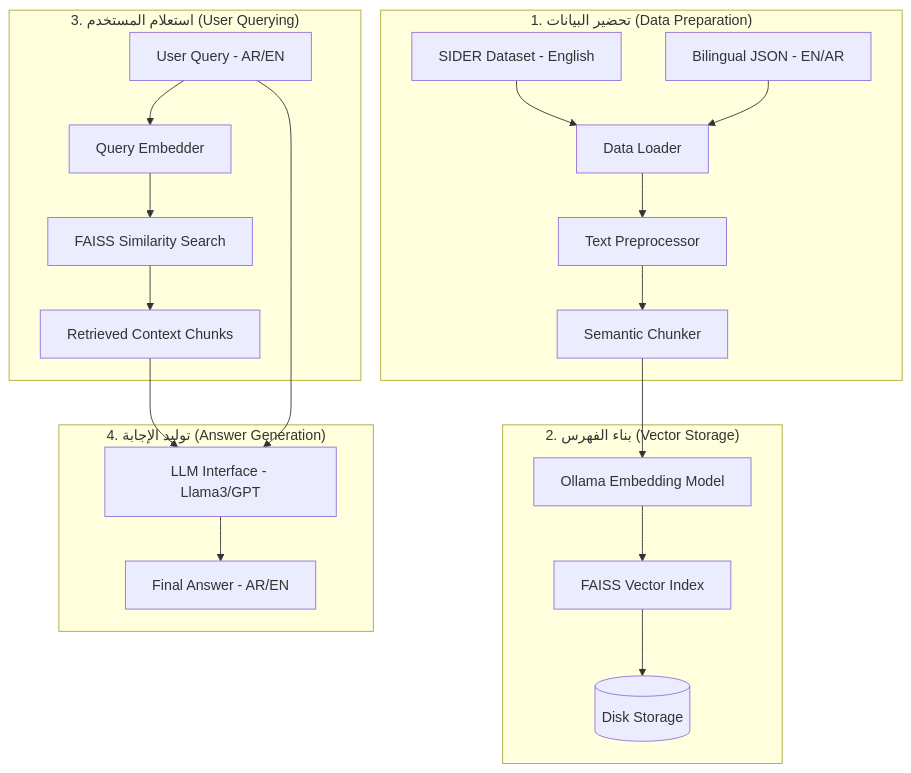
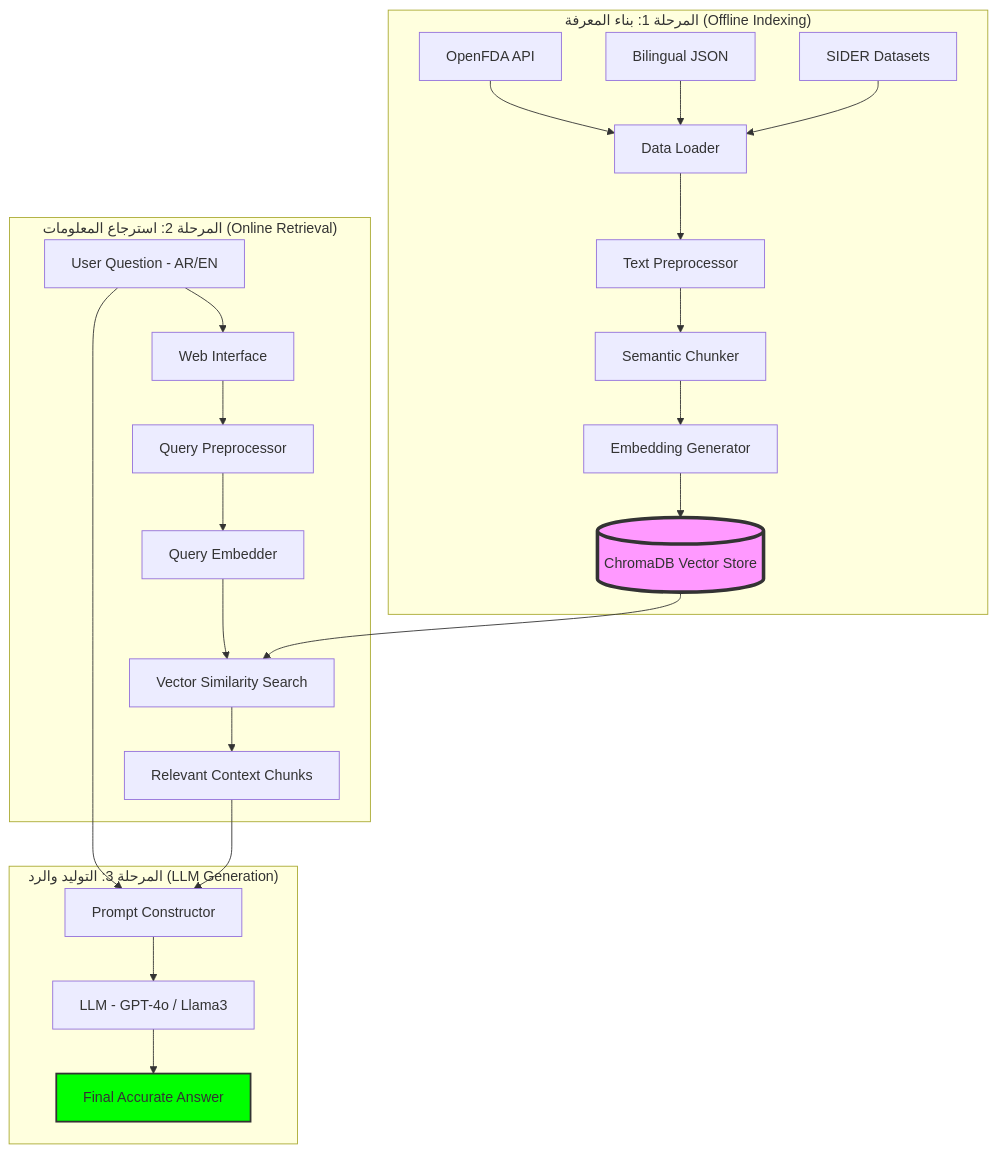
Before and after one commit to RanaKamalDaneh/Pharmaceutical-Drug-Information-Assistant-using-Retrieval-Augmented-Generation-RAG-: the diagram in PROJECT_DETAILS.md, drawn with Mermaid. The commit also changed other lines of this file, not shown here.

Commit message:
Update System Architecture with ChromaDB and detailed workflow

````diff
--- a/PROJECT_DETAILS.md
+++ b/PROJECT_DETAILS.md
@@ -16,27 +14,31 @@
 ```mermaid
 graph TD
-    subgraph "1. تحضير البيانات (Data Preparation)"
-        A[SIDER Dataset - English] --> C[Data Loader]
-        B[Bilingual JSON - EN/AR] --> C
-        C --> D[Text Preprocessor]
-        D --> E[Semantic Chunker]
+    subgraph "المرحلة 1: بناء المعرفة (Offline Indexing)"
+        A1[OpenFDA API] --> B1[Data Loader]
+        A2[Bilingual JSON] --> B1
+        A3[SIDER Datasets] --> B1
+        B1 --> C1[Text Preprocessor]
+        C1 --> D1[Semantic Chunker]
+        D1 --> E1[Embedding Generator]
+        E1 --> F1[(ChromaDB Vector Store)]
     end
 
-    subgraph "2. بناء الفهرس (Vector Storage)"
-        E --> F[Ollama Embedding Model]
-        F --> G[FAISS Vector Index]
-        G --> H[(Disk Storage)]
+    subgraph "المرحلة 2: استرجاع المعلومات (Online Retrieval)"
+        G2[User Question - AR/EN] --> H2[Web Interface]
+        H2 --> I2[Query Preprocessor]
+        I2 --> J2[Query Embedder]
+        J2 --> K2[Vector Similarity Search]
+        F1 --> K2
+        K2 --> L2[Relevant Context Chunks]
     end
 
-    subgraph "3. استعلام المستخدم (User Querying)"
-        I[User Query - AR/EN] --> J[Query Embedder]
-        J --> K[FAISS Similarity Search]
-        K --> L[Retrieved Context Chunks]
+    subgraph "المرحلة 3: التوليد والرد (LLM Generation)"
+        L2 --> M3[Prompt Constructor]
+        G2 --> M3
+        M3 --> N3[LLM - GPT-4o / Llama3]
+        N3 --> O3[Final Accurate Answer]
     end
 
-    subgraph "4. توليد الإجابة (Answer Generation)"
-        L --> M[LLM Interface - Llama3/GPT]
-        I --> M
-        M --> N[Final Answer - AR/EN]
-    end
+    style F1 fill:#f9f,stroke:#333,stroke-width:4px
+    style O3 fill:#00ff00,stroke:#333,stroke-width:2px
 ```
````
